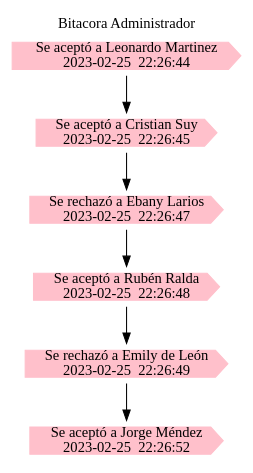
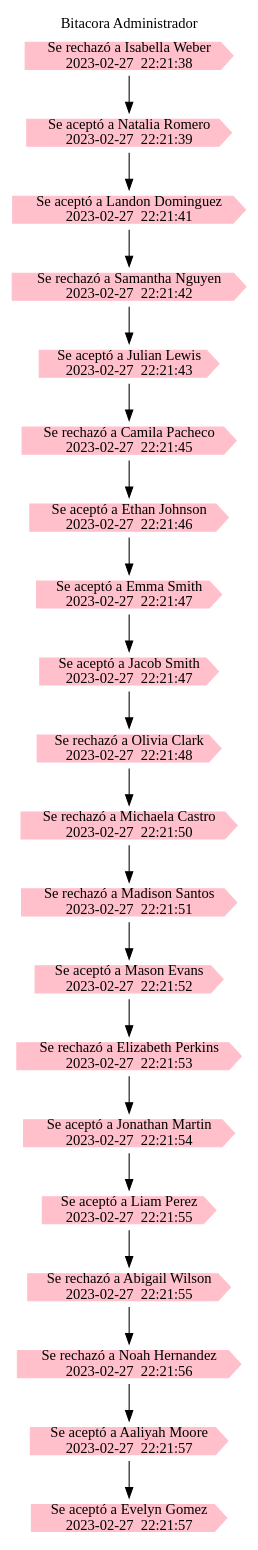
The diagram in EDD_Proyecto1_Fase1/textos/bitacoraAdmin.dot (rubenralda/EDD_1S2023_PY_202111835), drawn with Graphviz before and after one commit. The commit also changed 4 other files, not shown here.

```diff
--- a/EDD_Proyecto1_Fase1/textos/bitacoraAdmin.dot
+++ b/EDD_Proyecto1_Fase1/textos/bitacoraAdmin.dot
@@ -1,14 +1,28 @@
 digraph G{
 
 rankdir=TB; 
  node[shape=cds, style=filled, color=pink, fontname="Century Gothic"]; 
  graph [fontname="Century Gothic"]; 
  labelloc="t"; label="Bitacora Administrador"; 
-0[label="Se aceptó a Leonardo Martinez\n2023-02-25  22:26:44"]
-1[label="Se aceptó a Cristian Suy\n2023-02-25  22:26:45"]
-2[label="Se rechazó a Ebany Larios\n2023-02-25  22:26:47"]
-3[label="Se aceptó a Rubén Ralda\n2023-02-25  22:26:48"]
-4[label="Se rechazó a Emily de León\n2023-02-25  22:26:49"]
-5[label="Se aceptó a Jorge Méndez\n2023-02-25  22:26:52"]
-0 -> 1 -> 2 -> 3 -> 4 -> 5
+0[label="Se rechazó a Isabella Weber\n2023-02-27  22:21:38"]
+1[label="Se aceptó a Natalia Romero\n2023-02-27  22:21:39"]
+2[label="Se aceptó a Landon Dominguez\n2023-02-27  22:21:41"]
+3[label="Se rechazó a Samantha Nguyen\n2023-02-27  22:21:42"]
+4[label="Se aceptó a Julian Lewis\n2023-02-27  22:21:43"]
+5[label="Se rechazó a Camila Pacheco\n2023-02-27  22:21:45"]
+6[label="Se aceptó a Ethan Johnson\n2023-02-27  22:21:46"]
+7[label="Se aceptó a Emma Smith\n2023-02-27  22:21:47"]
+8[label="Se aceptó a Jacob Smith\n2023-02-27  22:21:47"]
+9[label="Se rechazó a Olivia Clark\n2023-02-27  22:21:48"]
+10[label="Se rechazó a Michaela Castro\n2023-02-27  22:21:50"]
+11[label="Se rechazó a Madison Santos\n2023-02-27  22:21:51"]
+12[label="Se aceptó a Mason Evans\n2023-02-27  22:21:52"]
+13[label="Se rechazó a Elizabeth Perkins\n2023-02-27  22:21:53"]
+14[label="Se aceptó a Jonathan Martin\n2023-02-27  22:21:54"]
+15[label="Se aceptó a Liam Perez\n2023-02-27  22:21:55"]
+16[label="Se rechazó a Abigail Wilson\n2023-02-27  22:21:55"]
+17[label="Se rechazó a Noah Hernandez\n2023-02-27  22:21:56"]
+18[label="Se aceptó a Aaliyah Moore\n2023-02-27  22:21:57"]
+19[label="Se aceptó a Evelyn Gomez\n2023-02-27  22:21:57"]
+0 -> 1 -> 2 -> 3 -> 4 -> 5 -> 6 -> 7 -> 8 -> 9 -> 10 -> 11 -> 12 -> 13 -> 14 -> 15 -> 16 -> 17 -> 18 -> 19
 }
```
